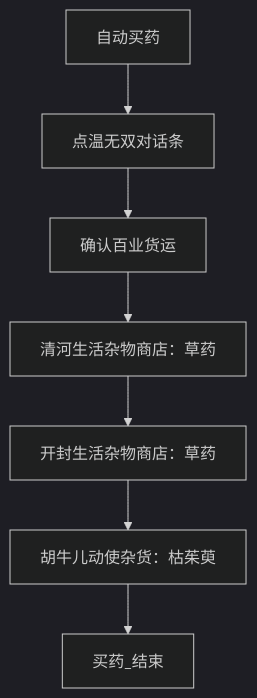
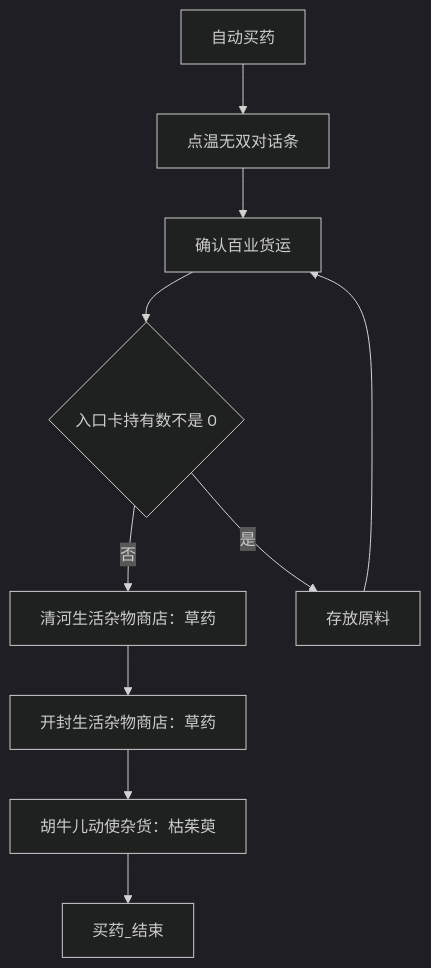
The first of 2 diagrams in docs/zh_cn/自动买药.md (82488059/MAAJN), drawn with Mermaid (dark theme) before and after one commit. The commit also changed other lines of this file and 4 other files, not shown here.

````diff
--- a/docs/zh_cn/自动买药.md
+++ b/docs/zh_cn/自动买药.md
@@ -36,11 +36,13 @@
 ```mermaid
 flowchart TD
   entry["自动买药"]
   talk["点温无双对话条"]
   freight["确认百业货运"]
   qh["清河生活杂物商店：草药"]
   kf["开封生活杂物商店：草药"]
   hn["胡牛儿动使杂货：枯茱萸"]
   done["买药_结束"]
-  entry --> talk --> freight --> qh --> kf --> hn --> done
+  entry --> talk --> freight --> owned{"入口卡持有数不是 0"}
+  owned -->|是| store["存放原料"] --> freight
+  owned -->|否| qh --> kf --> hn --> done
 ```
````
